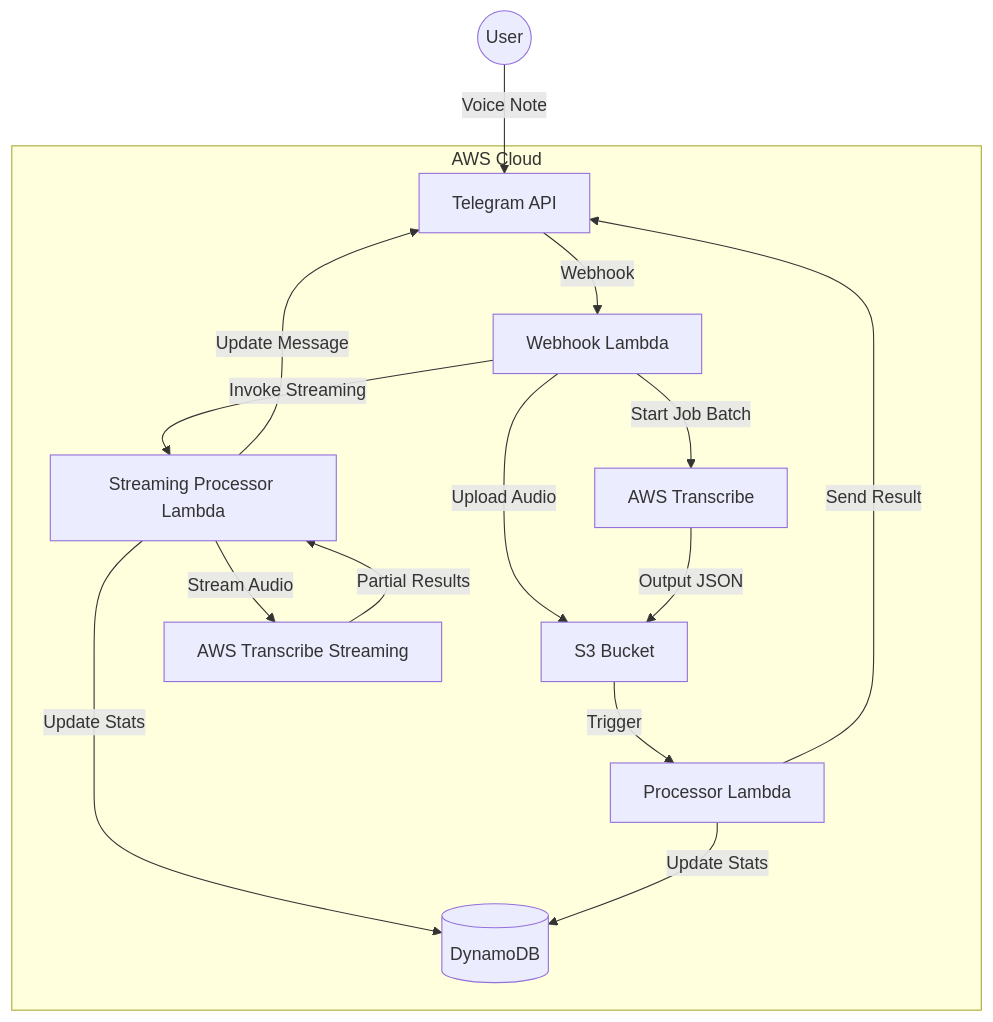
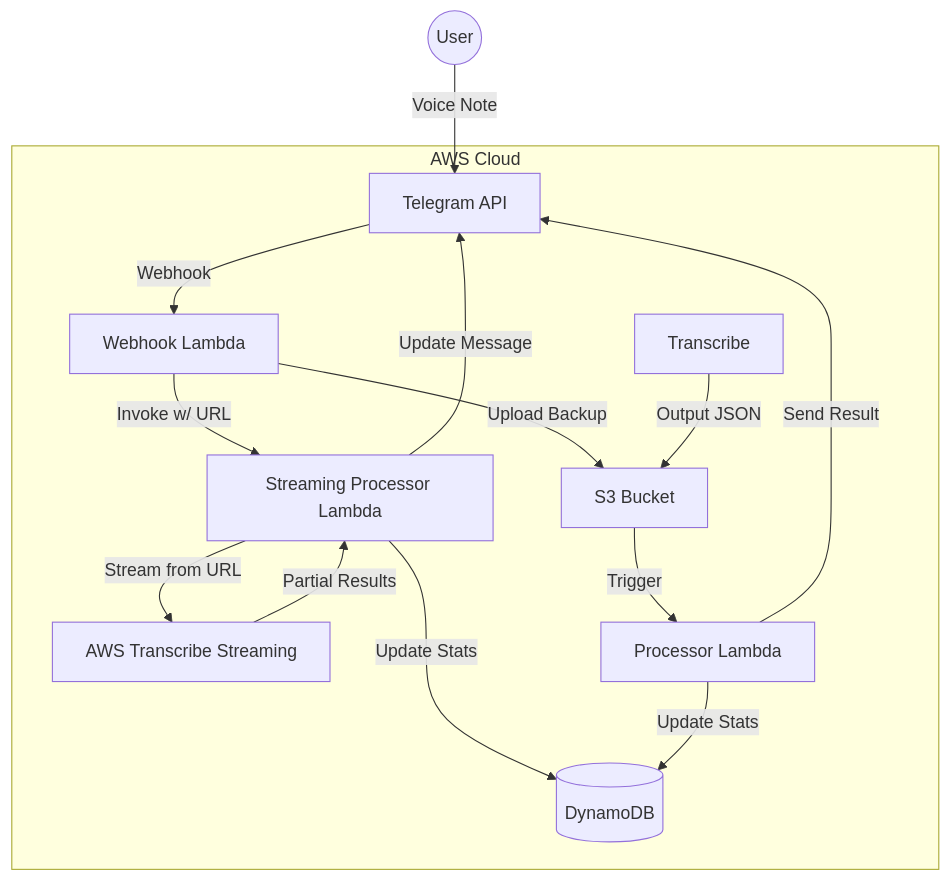
One commit to didiberman/tf-telegram-serverless-transcription-aws changed the diagram in README.md. Above: the diagram before and after it, drawn with Mermaid. The commit also changed other lines of this file and 3 other files, not shown here.

````diff
--- a/README.md
+++ b/README.md
@@ -15,22 +15,21 @@
 ```mermaid
 graph TD
     User((User)) -->|Voice Note| Telegram[Telegram API]
     Telegram -->|Webhook| WebhookLambda[Webhook Lambda]
-    
+
     subgraph AWS Cloud
-        WebhookLambda -->|Upload Audio| S3[S3 Bucket]
-        WebhookLambda -->|Invoke Streaming| StreamingLambda[Streaming Processor Lambda]
-        WebhookLambda -->|Start Job Batch| Transcribe[AWS Transcribe]
-        
-        StreamingLambda -->|Stream Audio| TranscribeStream[AWS Transcribe Streaming]
+        WebhookLambda -->|Invoke w/ URL| StreamingLambda[Streaming Processor Lambda]
+        WebhookLambda -->|Upload Backup| S3[S3 Bucket]
+
+        StreamingLambda -->|Stream from URL| TranscribeStream[AWS Transcribe Streaming]
         TranscribeStream -->|Partial Results| StreamingLambda
         StreamingLambda -->|Update Message| Telegram
-        
+
         Transcribe -->|Output JSON| S3
         S3 -->|Trigger| ProcessorLambda[Processor Lambda]
         ProcessorLambda -->|Send Result| Telegram
-        
+
         StreamingLambda -->|Update Stats| DynamoDB[(DynamoDB)]
         ProcessorLambda -->|Update Stats| DynamoDB
     end
 ```
````
